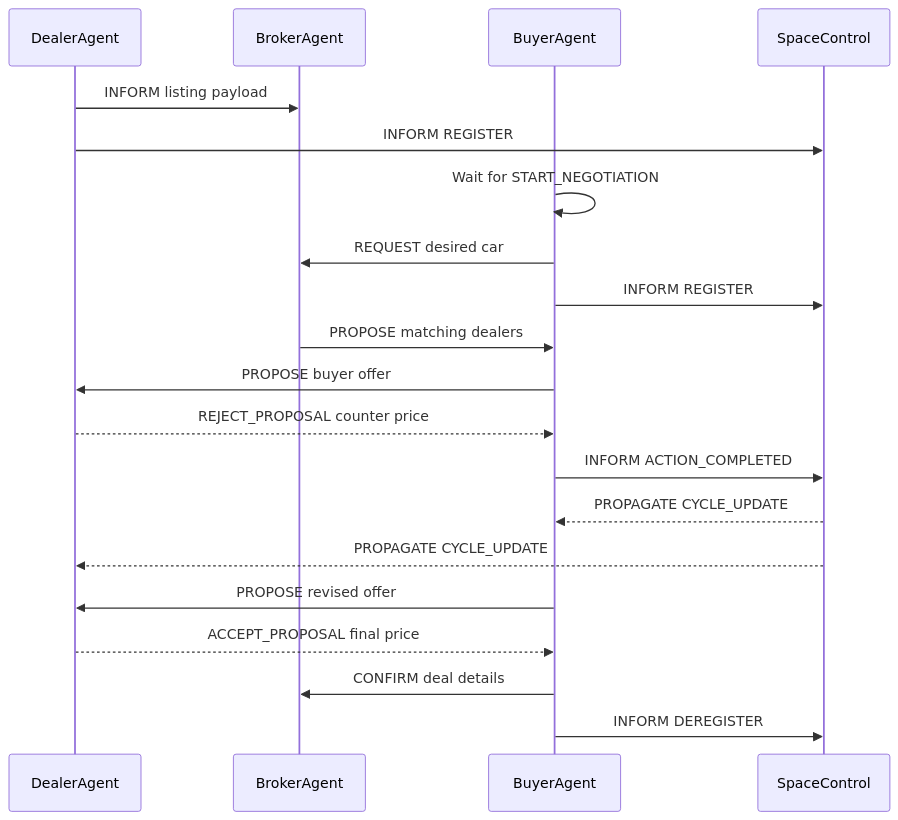
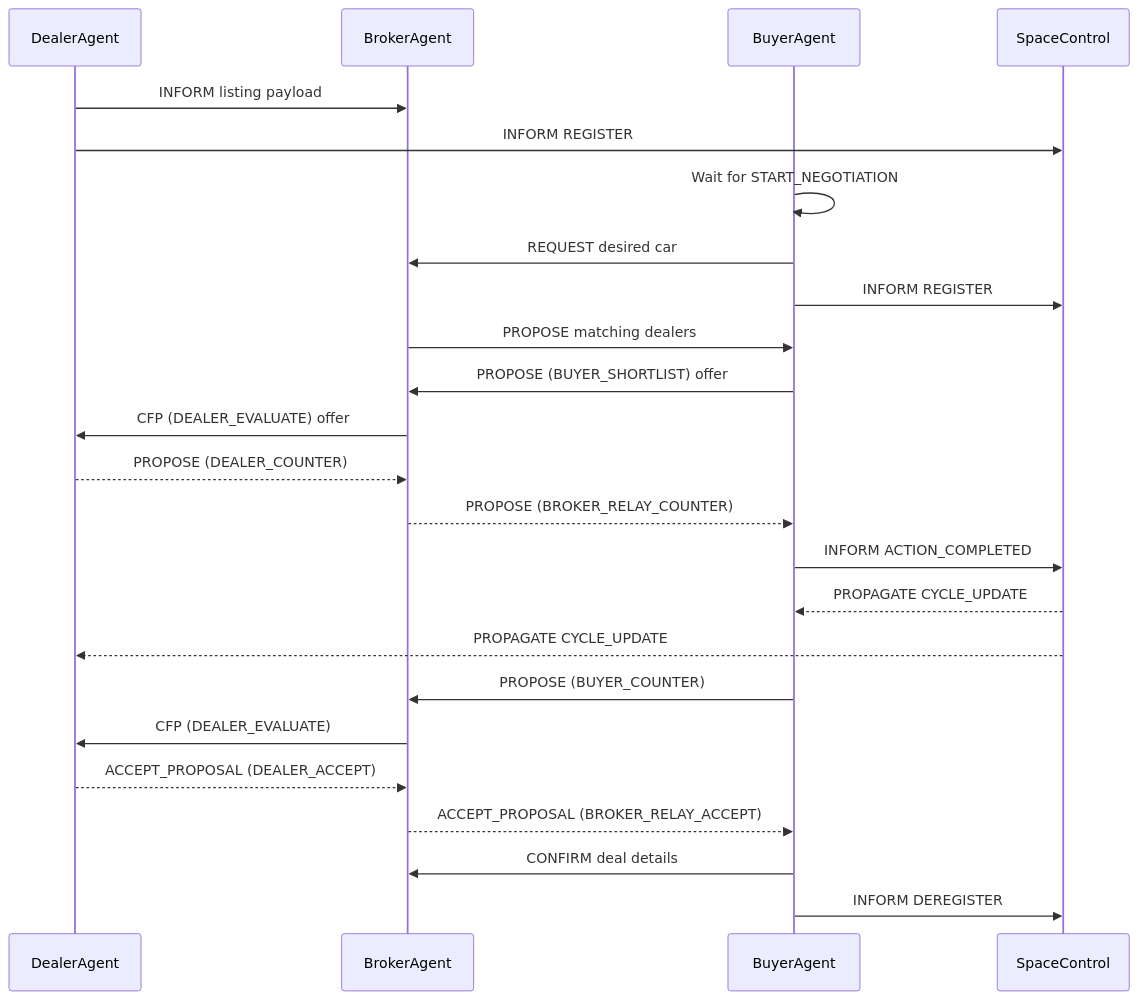
One commit to MiyukiVigil/COS30018-Assignment changed the second of 4 diagrams in readme.md. Above: the diagram before and after it, drawn with Mermaid. The commit also changed other lines of this file and 5 other files, not shown here.

````diff
--- a/readme.md
+++ b/readme.md
@@ -313,23 +332,27 @@
 ```mermaid
 sequenceDiagram
     participant D as DealerAgent
     participant B as BrokerAgent
     participant U as BuyerAgent
     participant S as SpaceControl
 
     D->>B: INFORM listing payload
     D->>S: INFORM REGISTER
     U->>U: Wait for START_NEGOTIATION
     U->>B: REQUEST desired car
     U->>S: INFORM REGISTER
     B->>U: PROPOSE matching dealers
-    U->>D: PROPOSE buyer offer
-    D-->>U: REJECT_PROPOSAL counter price
+    U->>B: PROPOSE (BUYER_SHORTLIST) offer
+    B->>D: CFP (DEALER_EVALUATE) offer
+    D-->>B: PROPOSE (DEALER_COUNTER)
+    B-->>U: PROPOSE (BROKER_RELAY_COUNTER)
     U->>S: INFORM ACTION_COMPLETED
     S-->>U: PROPAGATE CYCLE_UPDATE
     S-->>D: PROPAGATE CYCLE_UPDATE
-    U->>D: PROPOSE revised offer
-    D-->>U: ACCEPT_PROPOSAL final price
+    U->>B: PROPOSE (BUYER_COUNTER)
+    B->>D: CFP (DEALER_EVALUATE)
+    D-->>B: ACCEPT_PROPOSAL (DEALER_ACCEPT)
+    B-->>U: ACCEPT_PROPOSAL (BROKER_RELAY_ACCEPT)
     U->>B: CONFIRM deal details
     U->>S: INFORM DEREGISTER
 ```
````
